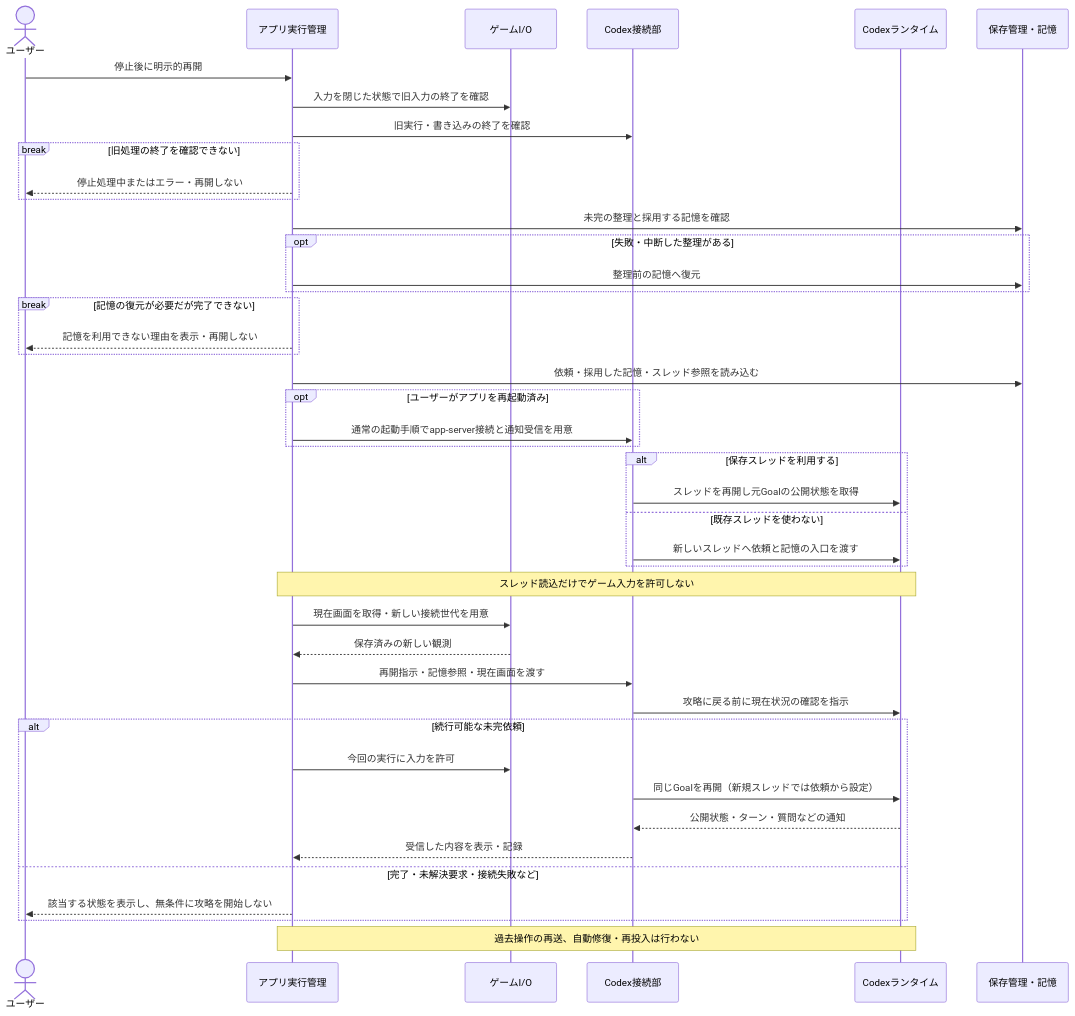
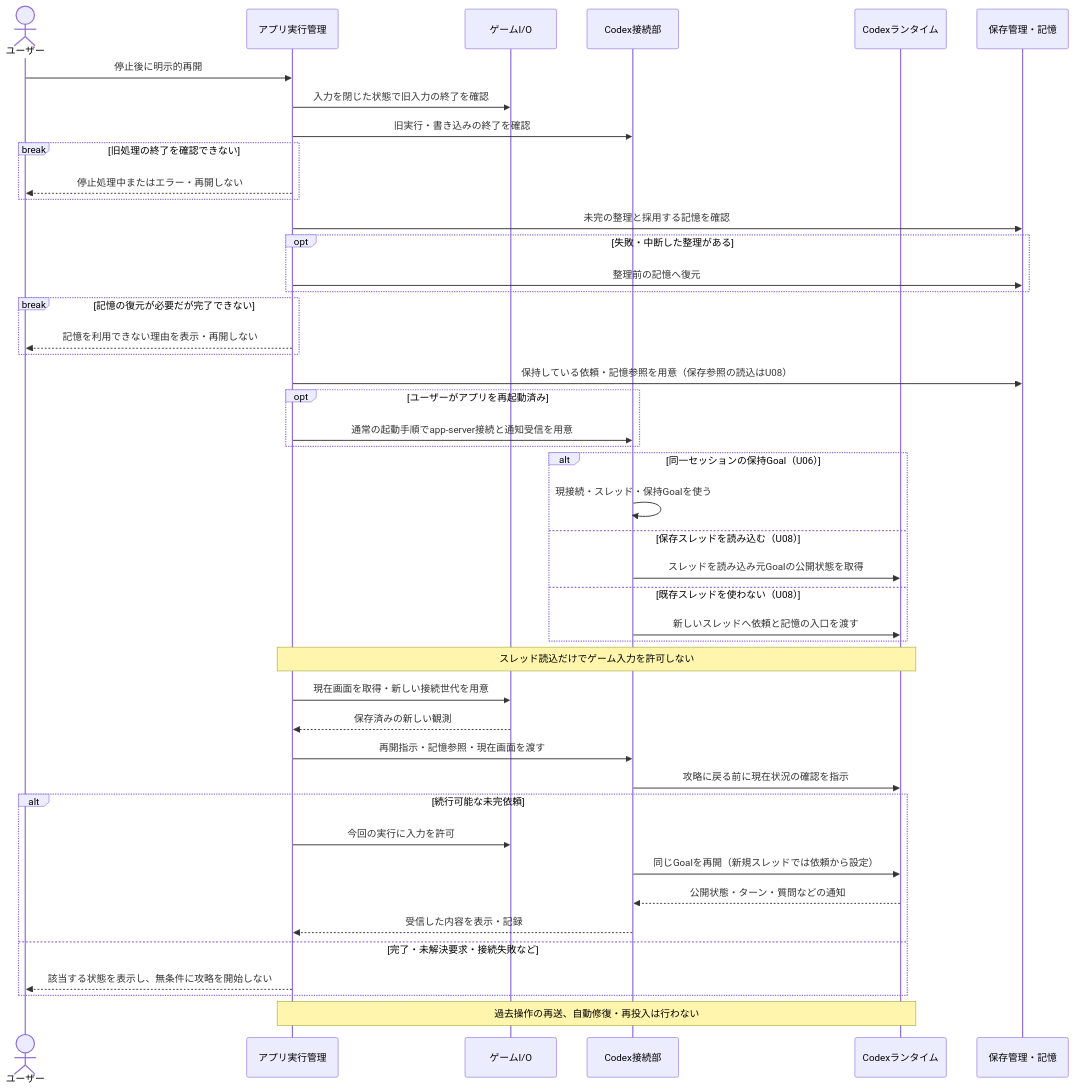
One commit to niart120/Project_Gigas changed the sixth of 8 diagrams in spec/initial/09-control-flows.md. Above: the diagram before and after it, drawn with Mermaid. The commit also changed other lines of this file and 14 other files, not shown here.

````diff
--- a/spec/initial/09-control-flows.md
+++ b/spec/initial/09-control-flows.md
@@ -266,45 +266,47 @@
 ```mermaid
 sequenceDiagram
     actor U as ユーザー
     participant A as アプリ実行管理
     participant G as ゲームI/O
     participant C as Codex接続部
     participant R as Codexランタイム
     participant D as 保存管理・記憶
     U->>A: 停止後に明示的再開
     A->>G: 入力を閉じた状態で旧入力の終了を確認
     A->>C: 旧実行・書き込みの終了を確認
     break 旧処理の終了を確認できない
         A-->>U: 停止処理中またはエラー・再開しない
     end
     A->>D: 未完の整理と採用する記憶を確認
     opt 失敗・中断した整理がある
         A->>D: 整理前の記憶へ復元
     end
     break 記憶の復元が必要だが完了できない
         A-->>U: 記憶を利用できない理由を表示・再開しない
     end
-    A->>D: 依頼・採用した記憶・スレッド参照を読み込む
+    A->>D: 保持している依頼・記憶参照を用意（保存参照の読込はU08）
     opt ユーザーがアプリを再起動済み
         A->>C: 通常の起動手順でapp-server接続と通知受信を用意
     end
-    alt 保存スレッドを利用する
-        C->>R: スレッドを再開し元Goalの公開状態を取得
-    else 既存スレッドを使わない
+    alt 同一セッションの保持Goal（U06）
+        C->>C: 現接続・スレッド・保持Goalを使う
+    else 保存スレッドを読み込む（U08）
+        C->>R: スレッドを読み込み元Goalの公開状態を取得
+    else 既存スレッドを使わない（U08）
         C->>R: 新しいスレッドへ依頼と記憶の入口を渡す
     end
     Note over A,R: スレッド読込だけでゲーム入力を許可しない
     A->>G: 現在画面を取得・新しい接続世代を用意
     G-->>A: 保存済みの新しい観測
     A->>C: 再開指示・記憶参照・現在画面を渡す
     C->>R: 攻略に戻る前に現在状況の確認を指示
     alt 続行可能な未完依頼
         A->>G: 今回の実行に入力を許可
         C->>R: 同じGoalを再開（新規スレッドでは依頼から設定）
         R-->>C: 公開状態・ターン・質問などの通知
         C-->>A: 受信した内容を表示・記録
     else 完了・未解決要求・接続失敗など
         A-->>U: 該当する状態を表示し、無条件に攻略を開始しない
     end
     Note over A,R: 過去操作の再送、自動修復・再投入は行わない
 ```
````
